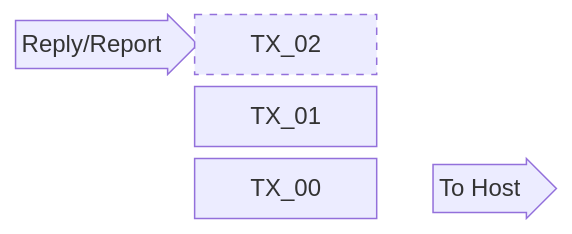
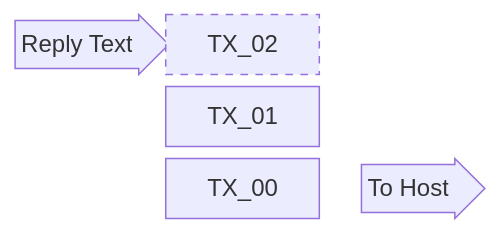
One commit to Nakakiyo092/usb2canfdv1 changed the fourth of 8 diagrams in doc/7.-Buffer-Strategy.md. Above: the diagram before and after it, drawn with Mermaid. The commit also changed other lines of this file, not shown here.

````diff
--- a/doc/7.-Buffer-Strategy.md
+++ b/doc/7.-Buffer-Strategy.md
@@ -42,10 +77,10 @@
 ```mermaid
 block
   columns 5
 
-  space  blockArrowId1<["Reply/Report"]>(right)  TX_02  space                              space
-  space  space                              TX_01  space                              space
-  space  space                              TX_00  blockArrowId2<["To Host"]>(right)  space
+  space  blockArrowId1<["Reply Text"]>(right)  TX_02  space                              space
+  space  space                                 TX_01  space                              space
+  space  space                                 TX_00  blockArrowId2<["To Host"]>(right)  space
 
   style TX_02 stroke-dasharray: 5 5
 ```
````
